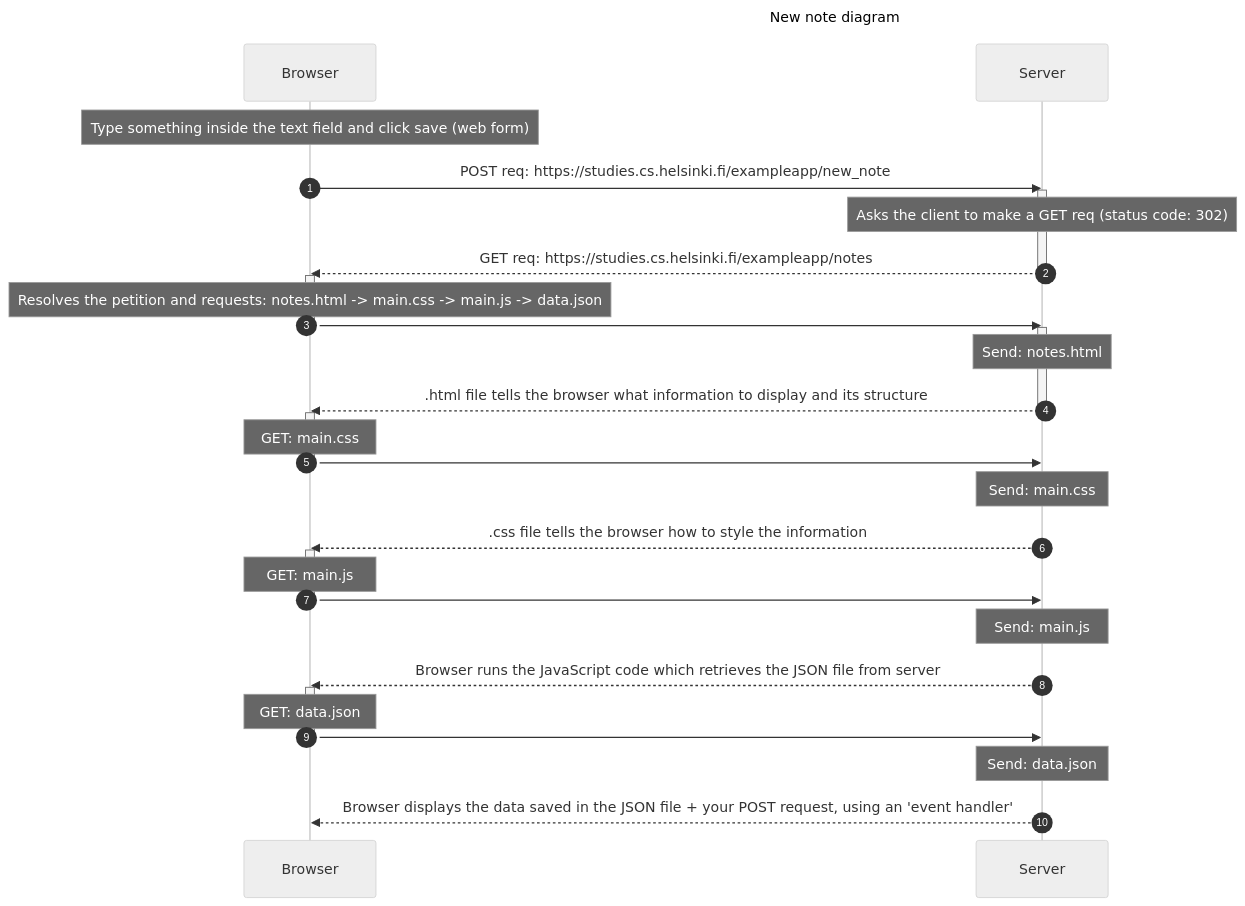
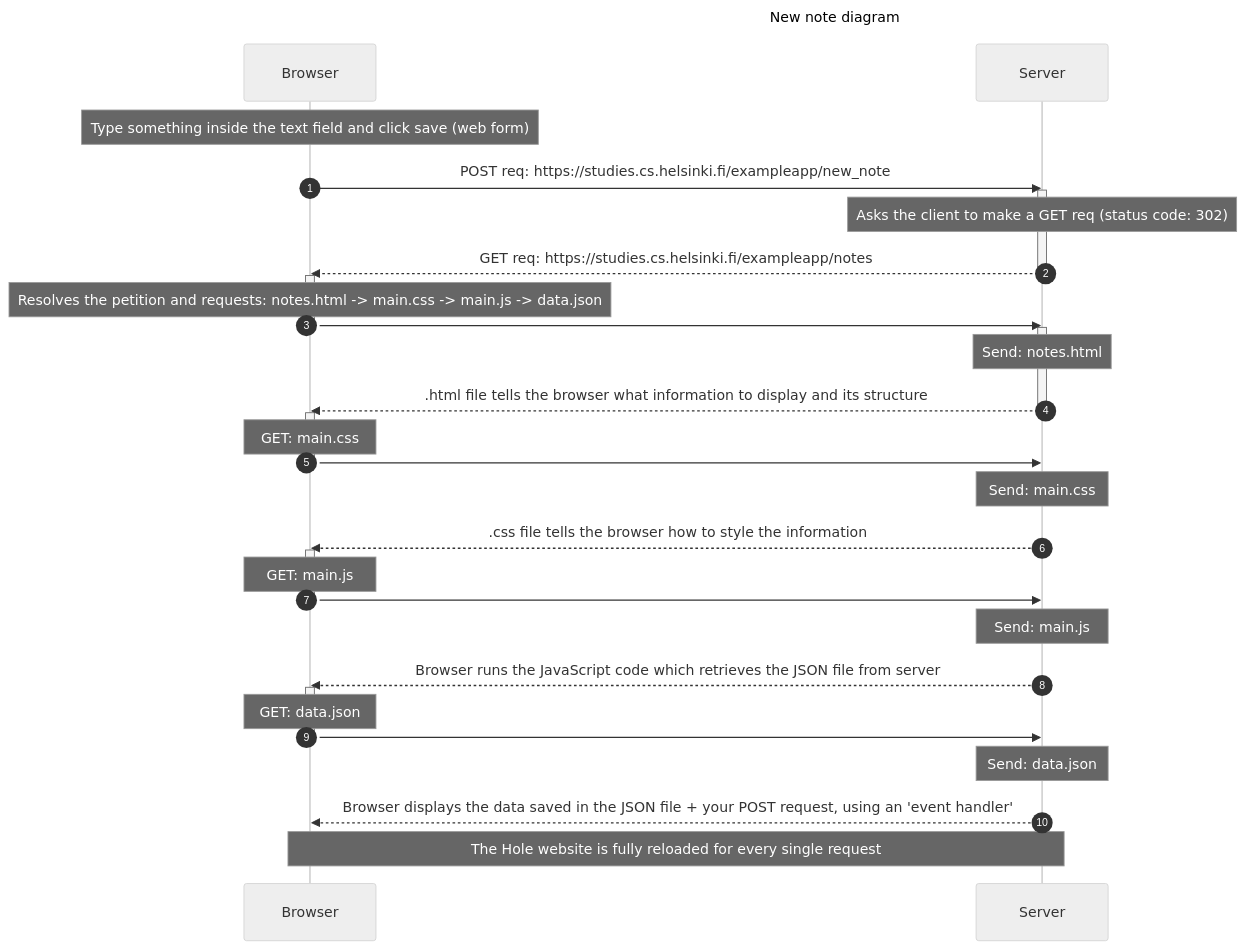
The diagram in part0/new-note-diagram.mmd (Bitlaw/fullstackopen-submissions-repository), drawn with Mermaid (neutral theme) before and after one commit.

```diff
--- a/part0/new-note-diagram.mmd
+++ b/part0/new-note-diagram.mmd
@@ -1,47 +1,49 @@
 ---
 title: New note diagram
 ---
 
 
 sequenceDiagram
 
     autonumber
 
     Note over Browser:  Type something inside the text field  and click save (web form)
     Browser->>Server: POST req: https://studies.cs.helsinki.fi/exampleapp/new_note  
 
     activate Server
     Note over Server:  Asks the client to make a GET req (status code: 302)
     Server-->>Browser: GET req:  https://studies.cs.helsinki.fi/exampleapp/notes
     deactivate Server
 
     activate Browser 
     Note over Browser: Resolves the petition and requests: notes.html -> main.css -> main.js -> data.json 
     Browser->>Server: 
     deactivate Browser 
 
     activate Server
     Note over Server: Send: notes.html
     Server-->>Browser: .html file tells the browser what information to display and its structure
     deactivate Server
 
     activate Browser 
     Note over Browser: GET: main.css 
     Browser->>Server: 
     deactivate Browser 
     Note over Server: Send: main.css 
     Server-->>Browser: .css file tells the browser how to style the information
 
     activate Browser 
     Note over Browser: GET: main.js 
     Browser->>Server: 
     deactivate Browser 
     Note over Server: Send: main.js 
     Server-->>Browser: Browser runs the JavaScript code which retrieves the JSON file from server
 
     activate Browser 
     Note over Browser: GET: data.json 
     Browser->>Server: 
     deactivate Browser 
     Note over Server: Send: data.json
     Server-->>Browser: Browser displays the data saved in the JSON file + your POST request, using an 'event handler'
+
+    Note over Browser, Server: The Hole website is fully reloaded for every single request
```
